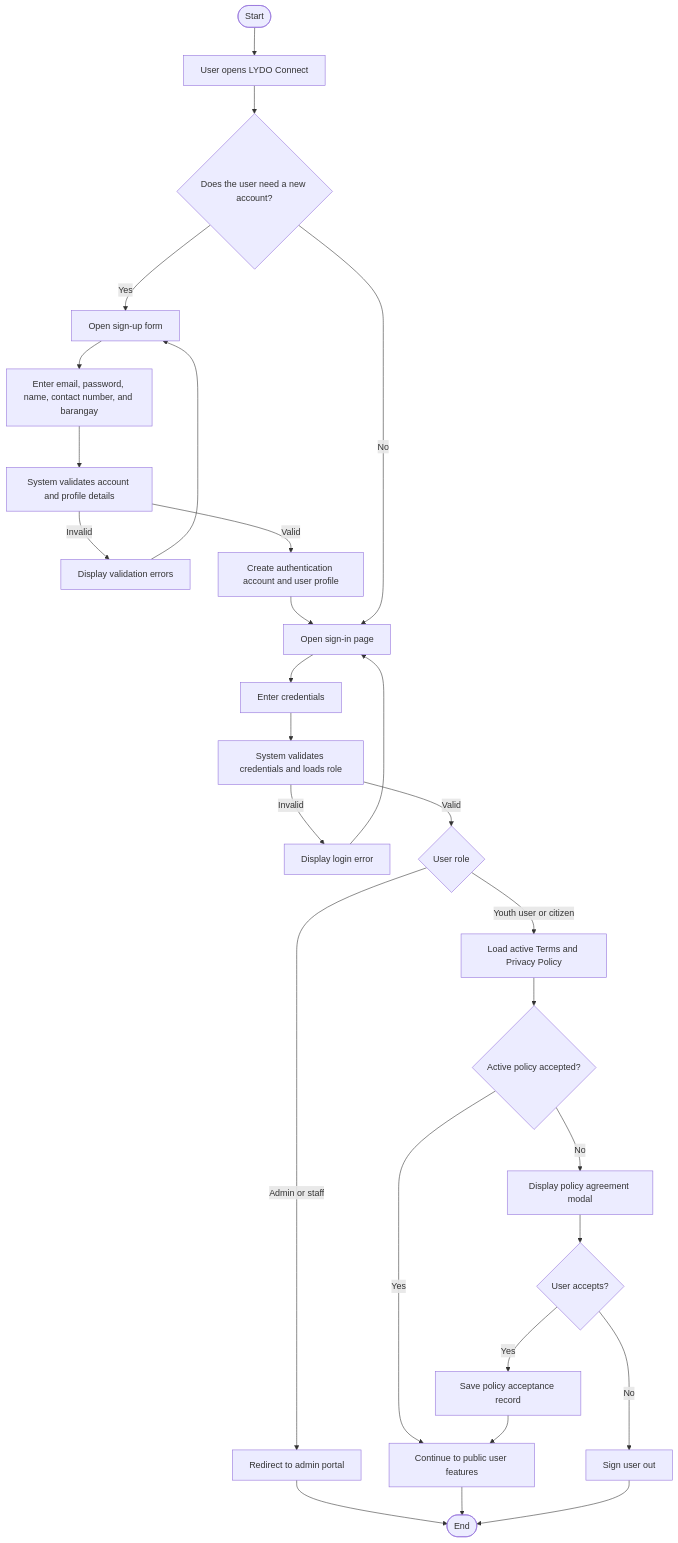
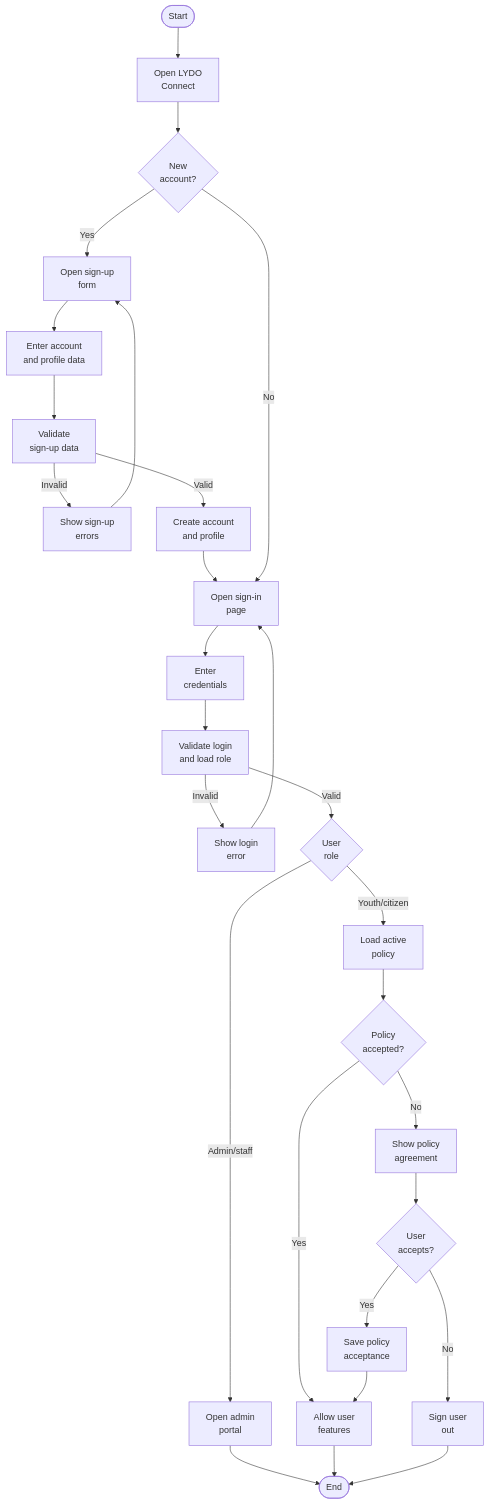
One commit to txiaoqt/activity_diagram changed the first of 7 diagrams in 3.2.1-Activity-Diagram.md. Above: the diagram before and after it, drawn with Mermaid. The commit also changed other lines of this file, not shown here.

Commit message:
Improve activity diagram readability

````diff
--- a/3.2.1-Activity-Diagram.md
+++ b/3.2.1-Activity-Diagram.md
@@ -7,30 +7,31 @@
 ```mermaid
+%%{init: {"flowchart": {"htmlLabels": true, "nodeSpacing": 45, "rankSpacing": 55}} }%%
 flowchart TD
-    A([Start]) --> B[User opens LYDO Connect]
-    B --> C{Does the user need a new account?}
-    C -- Yes --> D[Open sign-up form]
-    D --> E[Enter email, password, name, contact number, and barangay]
-    E --> F[System validates account and profile details]
-    F -- Invalid --> G[Display validation errors]
+    A([Start]) --> B["Open LYDO<br/>Connect"]
+    B --> C{"New<br/>account?"}
+    C -- Yes --> D["Open sign-up<br/>form"]
+    D --> E["Enter account<br/>and profile data"]
+    E --> F["Validate<br/>sign-up data"]
+    F -- Invalid --> G["Show sign-up<br/>errors"]
     G --> D
-    F -- Valid --> H[Create authentication account and user profile]
-    H --> I[Open sign-in page]
+    F -- Valid --> H["Create account<br/>and profile"]
+    H --> I["Open sign-in<br/>page"]
     C -- No --> I
-    I --> J[Enter credentials]
-    J --> K[System validates credentials and loads role]
-    K -- Invalid --> L[Display login error]
+    I --> J["Enter<br/>credentials"]
+    J --> K["Validate login<br/>and load role"]
+    K -- Invalid --> L["Show login<br/>error"]
     L --> I
-    K -- Valid --> M{User role}
-    M -- Admin or staff --> N[Redirect to admin portal]
-    M -- Youth user or citizen --> O[Load active Terms and Privacy Policy]
-    O --> P{Active policy accepted?}
-    P -- Yes --> Q[Continue to public user features]
-    P -- No --> R[Display policy agreement modal]
-    R --> S{User accepts?}
-    S -- No --> T[Sign user out]
-    S -- Yes --> U[Save policy acceptance record]
+    K -- Valid --> M{"User<br/>role"}
+    M -- Admin/staff --> N["Open admin<br/>portal"]
+    M -- Youth/citizen --> O["Load active<br/>policy"]
+    O --> P{"Policy<br/>accepted?"}
+    P -- Yes --> Q["Allow user<br/>features"]
+    P -- No --> R["Show policy<br/>agreement"]
+    R --> S{"User<br/>accepts?"}
+    S -- No --> T["Sign user<br/>out"]
+    S -- Yes --> U["Save policy<br/>acceptance"]
     U --> Q
     N --> V([End])
     Q --> V
     T --> V
 ```
````
